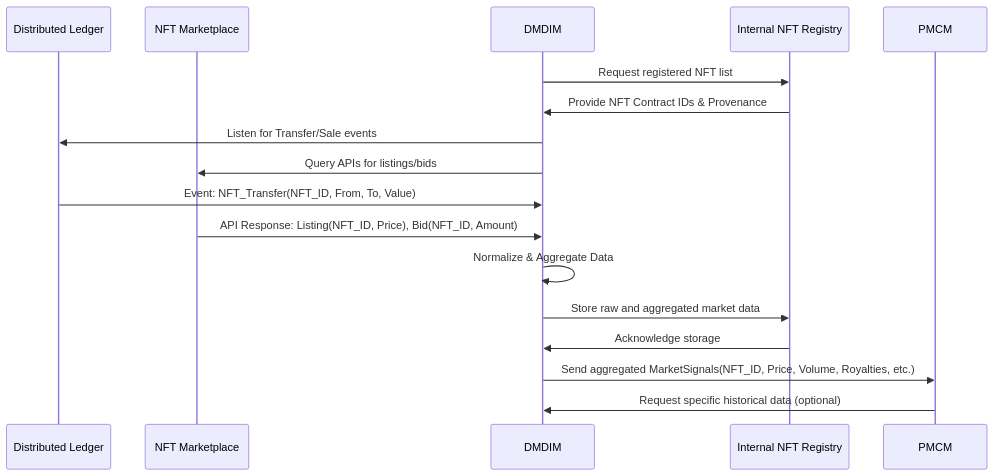
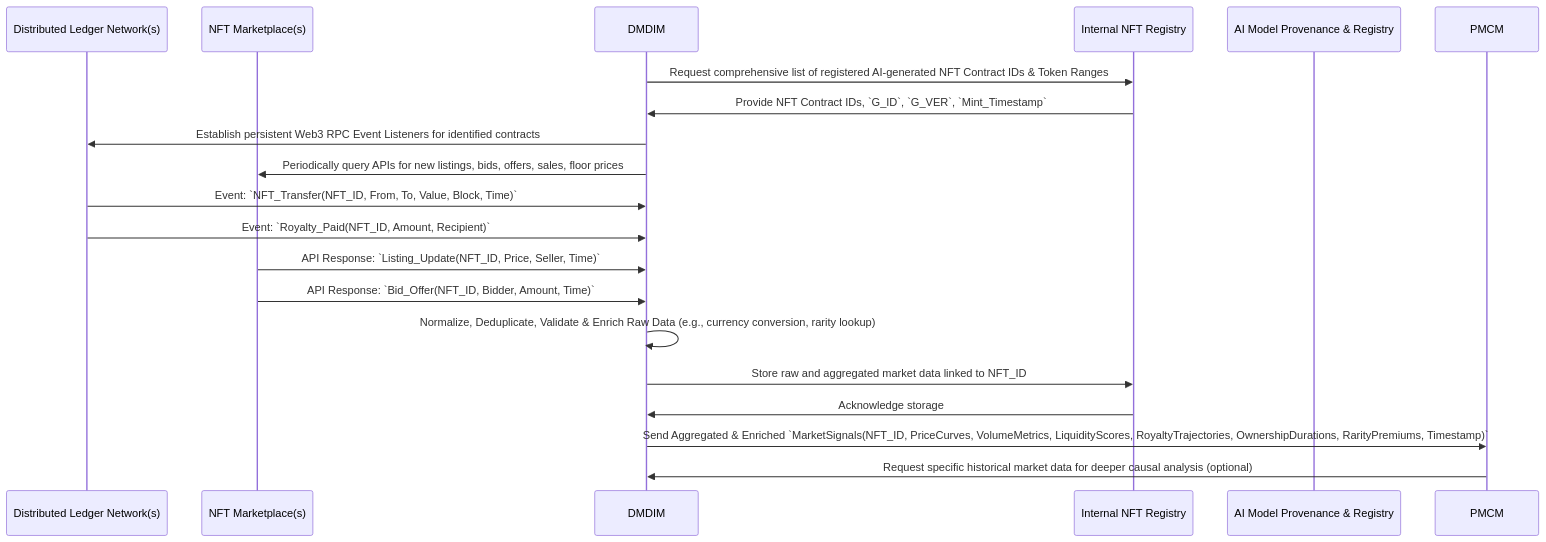
Before and after one commit to diplomat-bit/Citibank_Demo_Business_Inc_Demonstration-: the tenth of 12 diagrams in inventions/inventions/016_dynamic_ai_model_tuning_from_nft_market_feedback/016_dynamic_ai_model_tuning_from_nft_market_feedback.md, drawn with Mermaid. The commit also changed other lines of this file, not shown here.

````diff
--- a/inventions/inventions/016_dynamic_ai_model_tuning_from_nft_market_feedback/016_dynamic_ai_model_tuning_from_nft_market_feedback.md
+++ b/inventions/inventions/016_dynamic_ai_model_tuning_from_nft_market_feedback/016_dynamic_ai_model_tuning_from_nft_market_feedback.md
@@ -279,20 +284,23 @@
 ```mermaid
 sequenceDiagram
-    participant DLT as Distributed Ledger
-    participant MP as NFT Marketplace
+    participant DLT as Distributed Ledger Network(s)
+    participant MP as NFT Marketplace(s)
     participant DMDIM as DMDIM
-    participant DB as Internal NFT Registry
+    participant INR as Internal NFT Registry
+    participant AMPR as AI Model Provenance & Registry
     participant PMCM as PMCM
 
-    DMDIM->>DB: Request registered NFT list
-    DB->>DMDIM: Provide NFT Contract IDs & Provenance
-    DMDIM->>DLT: Listen for Transfer/Sale events
-    DMDIM->>MP: Query APIs for listings/bids
-    DLT->>DMDIM: Event: NFT_Transfer(NFT_ID, From, To, Value)
-    MP->>DMDIM: API Response: Listing(NFT_ID, Price), Bid(NFT_ID, Amount)
-    DMDIM->>DMDIM: Normalize & Aggregate Data
-    DMDIM->>DB: Store raw and aggregated market data
-    DB->>DMDIM: Acknowledge storage
-    DMDIM->>PMCM: Send aggregated MarketSignals(NFT_ID, Price, Volume, Royalties, etc.)
-    PMCM->>DMDIM: Request specific historical data (optional)
+    DMDIM->>INR: Request comprehensive list of registered AI-generated NFT Contract IDs & Token Ranges
+    INR->>DMDIM: Provide NFT Contract IDs, `G_ID`, `G_VER`, `Mint_Timestamp`
+    DMDIM->>DLT: Establish persistent Web3 RPC Event Listeners for identified contracts
+    DMDIM->>MP: Periodically query APIs for new listings, bids, offers, sales, floor prices
+    DLT->>DMDIM: Event: `NFT_Transfer(NFT_ID, From, To, Value, Block, Time)`
+    DLT->>DMDIM: Event: `Royalty_Paid(NFT_ID, Amount, Recipient)`
+    MP->>DMDIM: API Response: `Listing_Update(NFT_ID, Price, Seller, Time)`
+    MP->>DMDIM: API Response: `Bid_Offer(NFT_ID, Bidder, Amount, Time)`
+    DMDIM->>DMDIM: Normalize, Deduplicate, Validate & Enrich Raw Data (e.g., currency conversion, rarity lookup)
+    DMDIM->>INR: Store raw and aggregated market data linked to NFT_ID
+    INR->>DMDIM: Acknowledge storage
+    DMDIM->>PMCM: Send Aggregated & Enriched `MarketSignals(NFT_ID, PriceCurves, VolumeMetrics, LiquidityScores, RoyaltyTrajectories, OwnershipDurations, RarityPremiums, Timestamp)`
+    PMCM->>DMDIM: Request specific historical market data for deeper causal analysis (optional)
 ```
````
